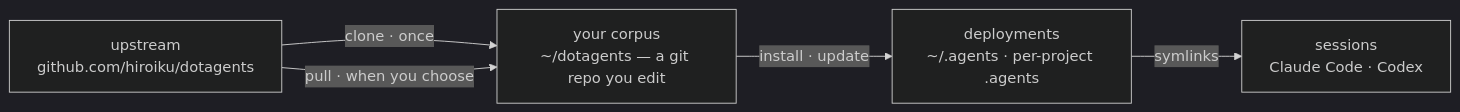
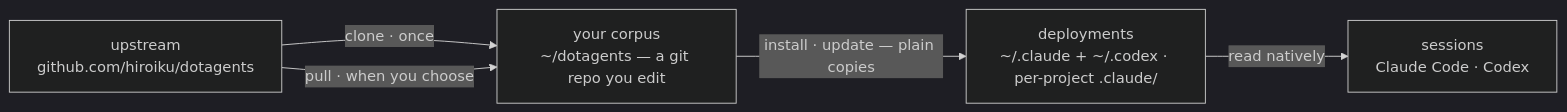
Before and after one commit to hiroiku/dotagents: the diagram in README.md, drawn with Mermaid (dark theme). The commit also changed other lines of this file and 18 other files, not shown here.

````diff
--- a/README.md
+++ b/README.md
@@ -18,11 +18,11 @@
 ```mermaid
 flowchart LR
     UP["upstream<br>github.com/hiroiku/dotagents"]
     C["your corpus<br>~/dotagents — a git repo you edit"]
-    A["deployments<br>~/.agents · per-project .agents"]
+    A["deployments<br>~/.claude + ~/.codex · per-project .claude/"]
     S["sessions<br>Claude Code · Codex"]
     UP -->|"clone · once"| C
     UP -->|"pull · when you choose"| C
-    C -->|"install · update"| A
-    A -->|"symlinks"| S
+    C -->|"install · update — plain copies"| A
+    A -->|"read natively"| S
 ```
````
